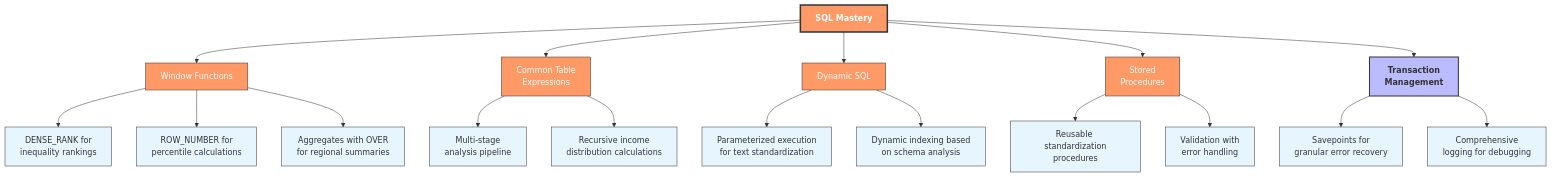
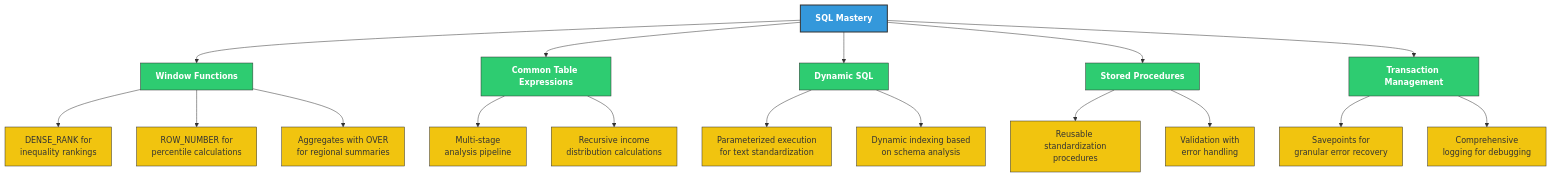
One commit to tzolkowski96/tzolkowski96 changed the second of 10 diagrams in us-household-income-analysis/README.md. Above: the diagram before and after it, drawn with Mermaid. The commit also changed other lines of this file, not shown here.

````diff
--- a/us-household-income-analysis/README.md
+++ b/us-household-income-analysis/README.md
@@ -127,32 +126,32 @@
 ```mermaid
-%%{init: {'theme': 'base', 'themeVariables': { 'primaryColor': '#f96', 'primaryTextColor': '#fff', 'primaryBorderColor': '#333', 'lineColor': '#333', 'secondaryColor': '#bbf', 'tertiaryColor': '#fff'}}}%%
-
 flowchart TD
-    classDef main fill:#f96,stroke:#333,stroke-width:3px,color:#fff,font-weight:bold
-    classDef sub fill:#bbf,stroke:#333,stroke-width:2px,color:#333,font-weight:bold
-    classDef leaf fill:#e7f5fe,stroke:#333,stroke-width:1px,color:#333
-
-    A[SQL Mastery]:::main --> B[Window Functions]
-    A --> C[Common Table<br>Expressions]
+    A[SQL Mastery] --> B[Window Functions]
+    A --> C[Common Table Expressions]
     A --> D[Dynamic SQL]
-    A --> E[Stored<br>Procedures]
-    A --> F[Transaction<br>Management]
+    A --> E[Stored Procedures]
+    A --> F[Transaction Management]
     
-    B --> B1[DENSE_RANK for<br>inequality rankings]:::leaf
-    B --> B2[ROW_NUMBER for<br>percentile calculations]:::leaf
-    B --> B3[Aggregates with OVER<br>for regional summaries]:::leaf
+    B --> B1[DENSE_RANK for<br>inequality rankings]
+    B --> B2[ROW_NUMBER for<br>percentile calculations]
+    B --> B3[Aggregates with OVER<br>for regional summaries]
     
-    C --> C1[Multi-stage<br>analysis pipeline]:::leaf
-    C --> C2[Recursive income<br>distribution calculations]:::leaf
+    C --> C1[Multi-stage<br>analysis pipeline]
+    C --> C2[Recursive income<br>distribution calculations]
     
-    D --> D1[Parameterized execution<br>for text standardization]:::leaf
-    D --> D2[Dynamic indexing based<br>on schema analysis]:::leaf
+    D --> D1[Parameterized execution<br>for text standardization]
+    D --> D2[Dynamic indexing based<br>on schema analysis]
     
-    E --> E1[Reusable standardization<br>procedures]:::leaf
-    E --> E2[Validation with<br>error handling]:::leaf
+    E --> E1[Reusable standardization<br>procedures]
+    E --> E2[Validation with<br>error handling]
     
-    F --> F1[Savepoints for<br>granular error recovery]:::leaf
-    F --> F2[Comprehensive<br>logging for debugging]:::leaf
+    F --> F1[Savepoints for<br>granular error recovery]
+    F --> F2[Comprehensive<br>logging for debugging]
     
-    B & C & D & E & F:::sub
+    classDef main fill:#3498db,stroke:#333,stroke-width:2px,color:#fff,font-weight:bold
+    classDef sub fill:#2ecc71,stroke:#333,stroke-width:1px,color:#fff,font-weight:bold
+    classDef leaf fill:#f1c40f,stroke:#333,stroke-width:1px,color:#333
+    
+    class A main
+    class B,C,D,E,F sub
+    class B1,B2,B3,C1,C2,D1,D2,E1,E2,F1,F2 leaf
 ```
````
